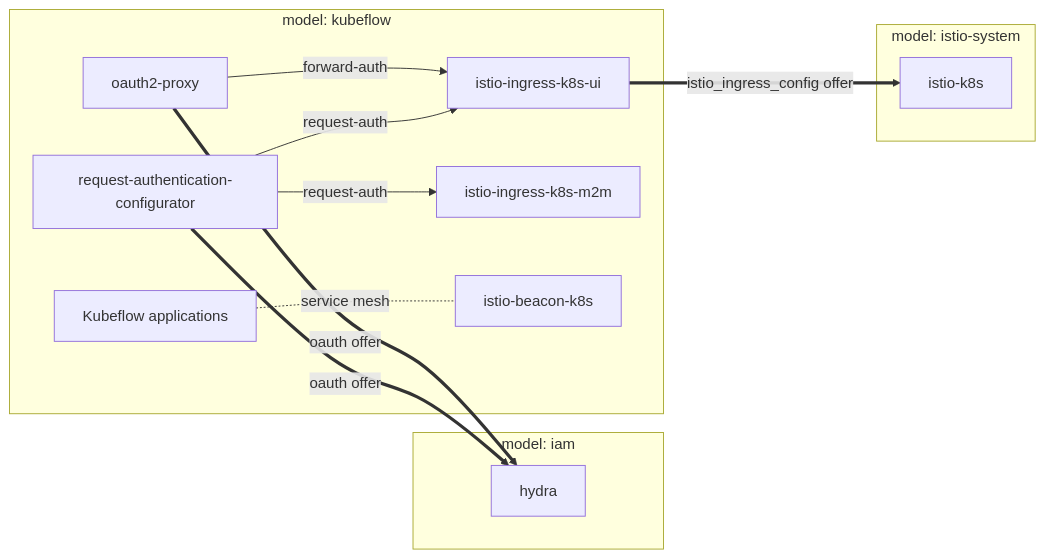
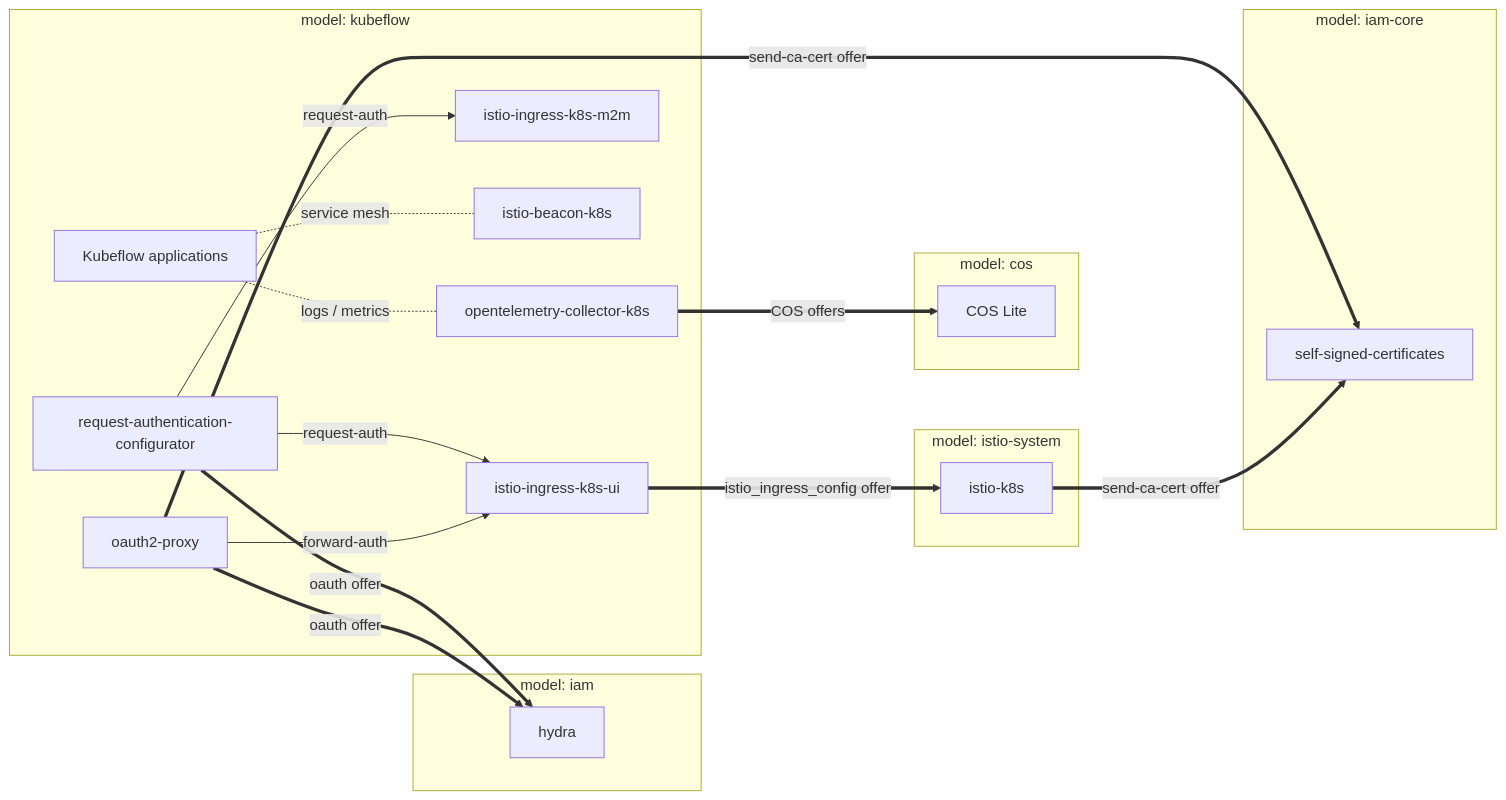
One commit to canonical/charmed-kubeflow-solutions changed the diagram in terraform/tests/kubeflow-full/README.md. Above: the diagram before and after it, drawn with Mermaid. The commit also changed other lines of this file and 4 other files, not shown here.

````diff
--- a/terraform/tests/kubeflow-full/README.md
+++ b/terraform/tests/kubeflow-full/README.md
@@ -15,25 +18,36 @@
 ```mermaid
 flowchart LR
+  subgraph cos["model: cos"]
+    coslite[COS Lite]
+  end
   subgraph istioSystem["model: istio-system"]
     istiok8s[istio-k8s]
+  end
+  subgraph iamCore["model: iam-core"]
+    ssc[self-signed-certificates]
   end
   subgraph iam["model: iam"]
     hydra[hydra]
   end
   subgraph kubeflow["model: kubeflow"]
     ingUI[istio-ingress-k8s-ui]
     ingM2M[istio-ingress-k8s-m2m]
     beacon[istio-beacon-k8s]
     o2p[oauth2-proxy]
     rac[request-authentication-configurator]
+    otel[opentelemetry-collector-k8s]
     apps[Kubeflow applications]
   end
 
   ingUI == istio_ingress_config offer ==> istiok8s
+  istiok8s == send-ca-cert offer ==> ssc
+  o2p == send-ca-cert offer ==> ssc
   o2p == oauth offer ==> hydra
   rac == oauth offer ==> hydra
+  otel == COS offers ==> coslite
   o2p -- forward-auth --> ingUI
   rac -- request-auth --> ingUI
   rac -- request-auth --> ingM2M
   apps -. service mesh .- beacon
+  apps -. logs / metrics .- otel
 ```
````
